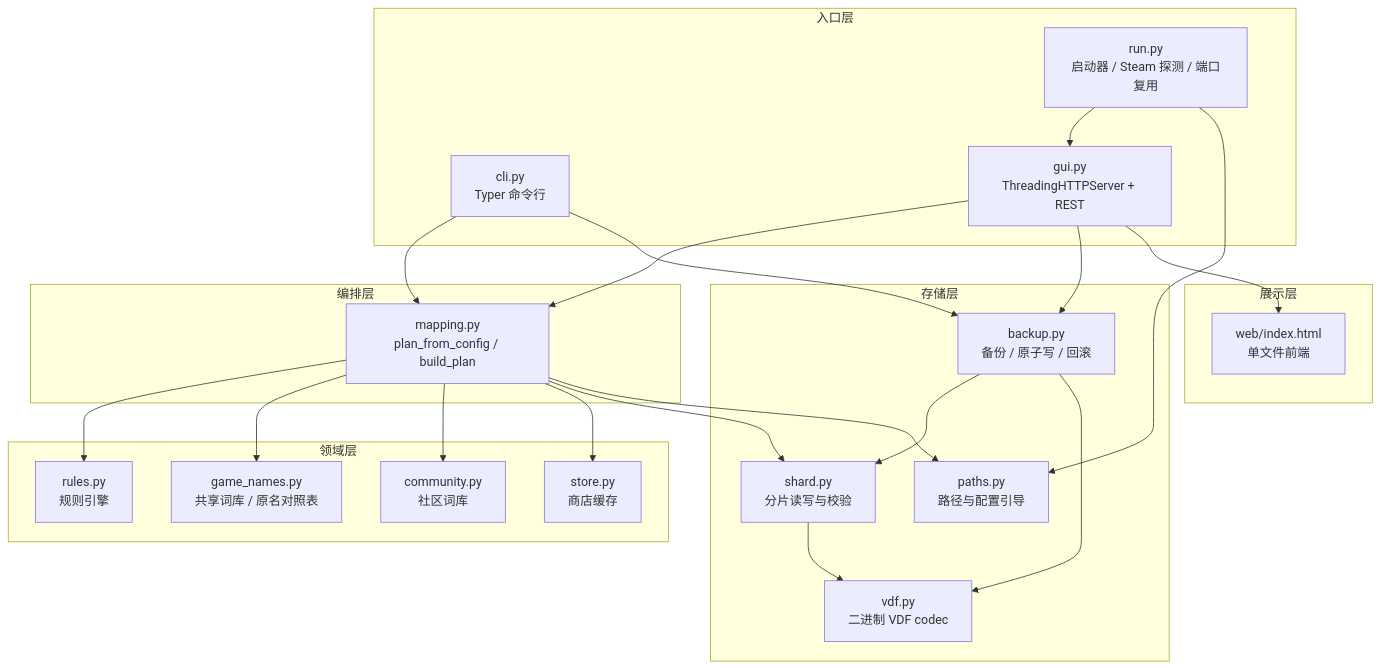
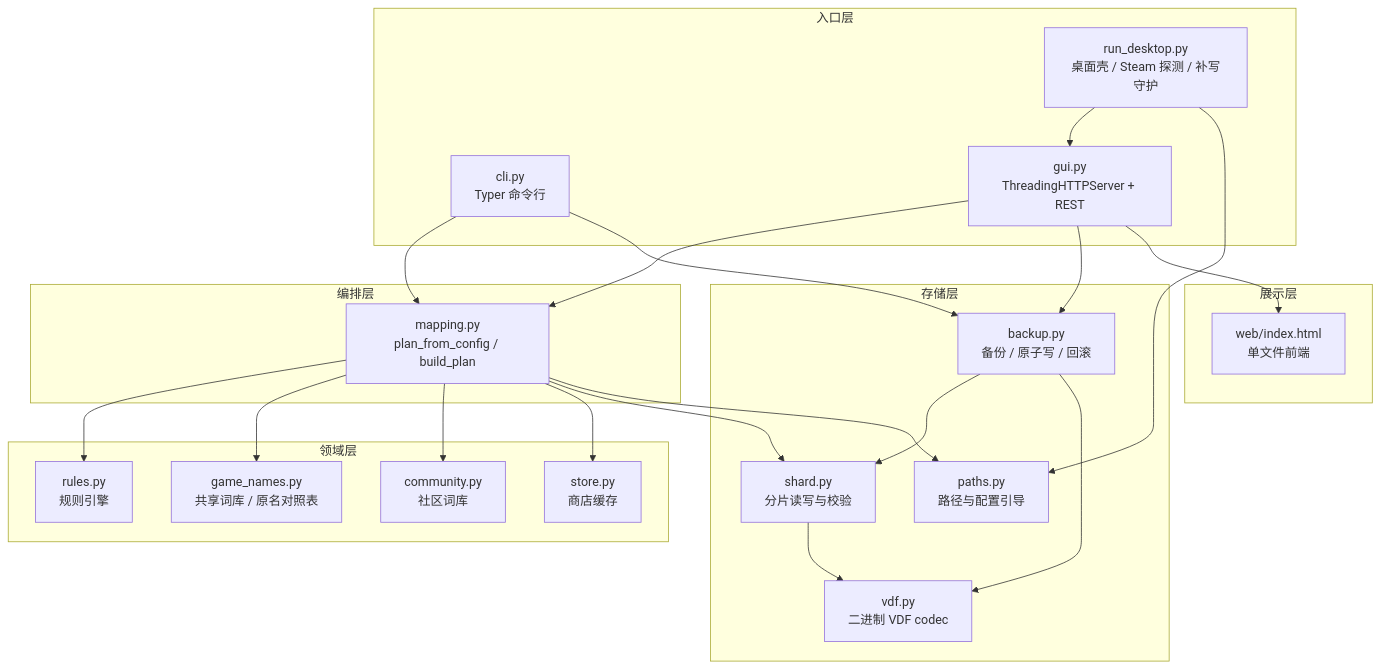
The first of 5 diagrams in docs/开发者说明.md (yguangjie365/SteamGameRename), drawn with Mermaid before and after one commit. The commit also changed other lines of this file and 11 other files, not shown here.

````diff
--- a/docs/开发者说明.md
+++ b/docs/开发者说明.md
@@ -47,43 +47,43 @@
 ```mermaid
 flowchart TD
     subgraph ENTRY["入口层"]
-        RUN["run.py<br/>启动器 / Steam 探测 / 端口复用"]
+        RUN["run_desktop.py<br/>桌面壳 / Steam 探测 / 补写守护"]
         CLI["cli.py<br/>Typer 命令行"]
         GUI["gui.py<br/>ThreadingHTTPServer + REST"]
     end
     subgraph APP["编排层"]
         MAP["mapping.py<br/>plan_from_config / build_plan"]
     end
     subgraph DOMAIN["领域层"]
         RULES["rules.py<br/>规则引擎"]
         GN["game_names.py<br/>共享词库 / 原名对照表"]
         COMM["community.py<br/>社区词库"]
         STORE["store.py<br/>商店缓存"]
     end
     subgraph IO["存储层"]
         SHARD["shard.py<br/>分片读写与校验"]
         VDF["vdf.py<br/>二进制 VDF codec"]
         BAK["backup.py<br/>备份 / 原子写 / 回滚"]
         PATHS["paths.py<br/>路径与配置引导"]
     end
     subgraph VIEW["展示层"]
         WEB["web/index.html<br/>单文件前端"]
     end
 
     RUN --> GUI
     RUN --> PATHS
     CLI --> MAP
     CLI --> BAK
     GUI --> MAP
     GUI --> BAK
     GUI --> WEB
     MAP --> RULES
     MAP --> GN
     MAP --> COMM
     MAP --> STORE
     MAP --> SHARD
     MAP --> PATHS
     SHARD --> VDF
     BAK --> SHARD
     BAK --> VDF
 ```
````
